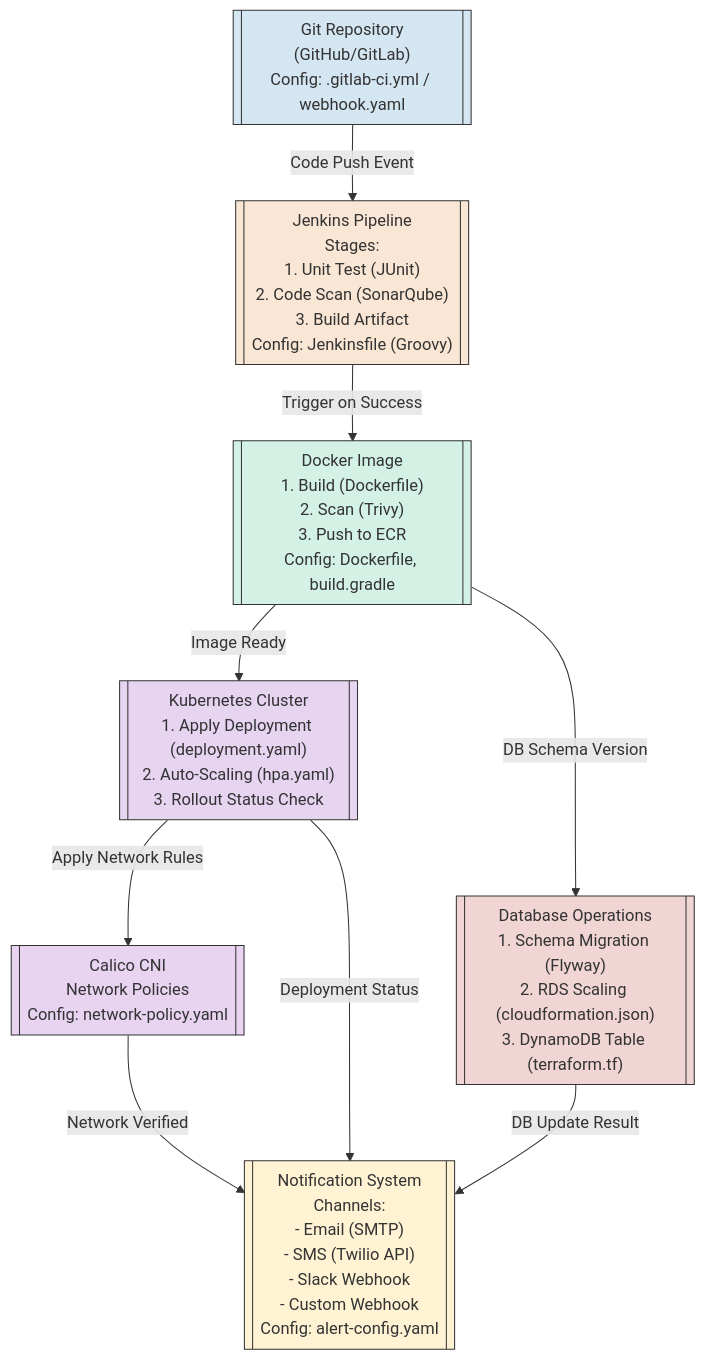
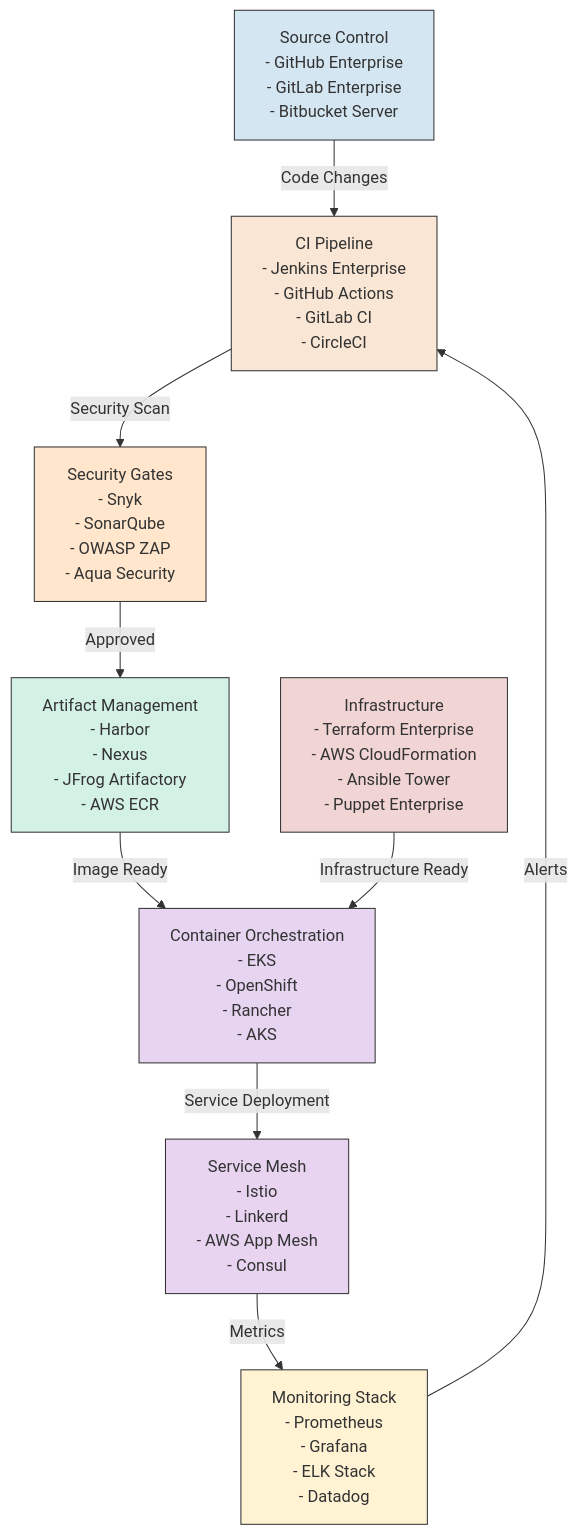
The second of 2 diagrams in 01-Notes/Learning/DevOps/Workflow Mermaid.md (JieYanTIBCO/JackieKB), drawn with Mermaid before and after one commit. The commit also changed other lines of this file and 38 other files, not shown here.

````diff
--- a/01-Notes/Learning/DevOps/Workflow Mermaid.md
+++ b/01-Notes/Learning/DevOps/Workflow Mermaid.md
@@ -2,35 +61,76 @@
 ```mermaid
 graph TD
-    classDef git fill:#d4e6f1,stroke:#333;
-    classDef ciCd fill:#f9e6d4,stroke:#333;
-    classDef docker fill:#d4f1e6,stroke:#333;
-    classDef k8s fill:#e6d4f1,stroke:#333;
+    classDef vcs fill:#d4e6f1,stroke:#333;
+    classDef cicd fill:#f9e6d4,stroke:#333;
+    classDef security fill:#ffe6cc,stroke:#333;
+    classDef container fill:#d4f1e6,stroke:#333;
+    classDef orchestration fill:#e6d4f1,stroke:#333;
     classDef network fill:#e8d4f1,stroke:#333;
-    classDef db fill:#f1d4d4,stroke:#333;
-    classDef notification fill:#fff3d4,stroke:#333;
+    classDef infra fill:#f1d4d4,stroke:#333;
+    classDef monitor fill:#fff3d4,stroke:#333;
 
-    A[["Git Repository<br>(GitHub/GitLab)<br>Config: .gitlab-ci.yml / webhook.yaml"]]
-    B[["Jenkins Pipeline<br>Stages:<br>1. Unit Test (JUnit)<br>2. Code Scan (SonarQube)<br>3. Build Artifact<br>Config: Jenkinsfile (Groovy)"]]
-    C[["Docker Image<br>1. Build (Dockerfile)<br>2. Scan (Trivy)<br>3. Push to ECR<br>Config: Dockerfile, build.gradle"]]
-    D[["Kubernetes Cluster<br>1. Apply Deployment (deployment.yaml)<br>2. Auto-Scaling (hpa.yaml)<br>3. Rollout Status Check"]]
-    E[["Calico CNI<br>Network Policies<br>Config: network-policy.yaml"]]
-    F[["Database Operations<br>1. Schema Migration (Flyway)<br>2. RDS Scaling (cloudformation.json)<br>3. DynamoDB Table (terraform.tf)"]]
-    G[["Notification System<br>Channels:<br>- Email (SMTP)<br>- SMS (Twilio API)<br>- Slack Webhook<br>- Custom Webhook<br>Config: alert-config.yaml"]]
+    A[Source Control
+      - GitHub Enterprise
+      - GitLab Enterprise
+      - Bitbucket Server]
+    
+    B[CI Pipeline
+      - Jenkins Enterprise
+      - GitHub Actions
+      - GitLab CI
+      - CircleCI]
+    
+    C[Security Gates
+      - Snyk
+      - SonarQube
+      - OWASP ZAP
+      - Aqua Security]
+    
+    D[Artifact Management
+      - Harbor
+      - Nexus
+      - JFrog Artifactory
+      - AWS ECR]
+    
+    E[Infrastructure
+      - Terraform Enterprise
+      - AWS CloudFormation
+      - Ansible Tower
+      - Puppet Enterprise]
+    
+    F[Container Orchestration
+      - EKS
+      - OpenShift
+      - Rancher
+      - AKS]
+    
+    G[Service Mesh
+      - Istio
+      - Linkerd
+      - AWS App Mesh
+      - Consul]
+    
+    H[Monitoring Stack
+      - Prometheus
+      - Grafana
+      - ELK Stack
+      - Datadog]
 
-    A -->|"Code Push Event"| B
-    B -->|"Trigger on Success"| C
-    C -->|"Image Ready"| D
-    C -->|"DB Schema Version"| F
-    D -->|"Apply Network Rules"| E
-    D -->|"Deployment Status"| G
-    F -->|"DB Update Result"| G
-    E -->|"Network Verified"| G
+    A -->|Code Changes| B
+    B -->|Security Scan| C
+    C -->|Approved| D
+    D -->|Image Ready| F
+    E -->|Infrastructure Ready| F
+    F -->|Service Deployment| G
+    G -->|Metrics| H
+    H -->|Alerts| B
 
-    class A git;
-    class B ciCd;
-    class C docker;
-    class D k8s;
-    class E network;
-    class F db;
-    class G notification;
+    class A vcs;
+    class B cicd;
+    class C security;
+    class D container;
+    class E infra;
+    class F orchestration;
+    class G network;
+    class H monitor;
 ```
````
